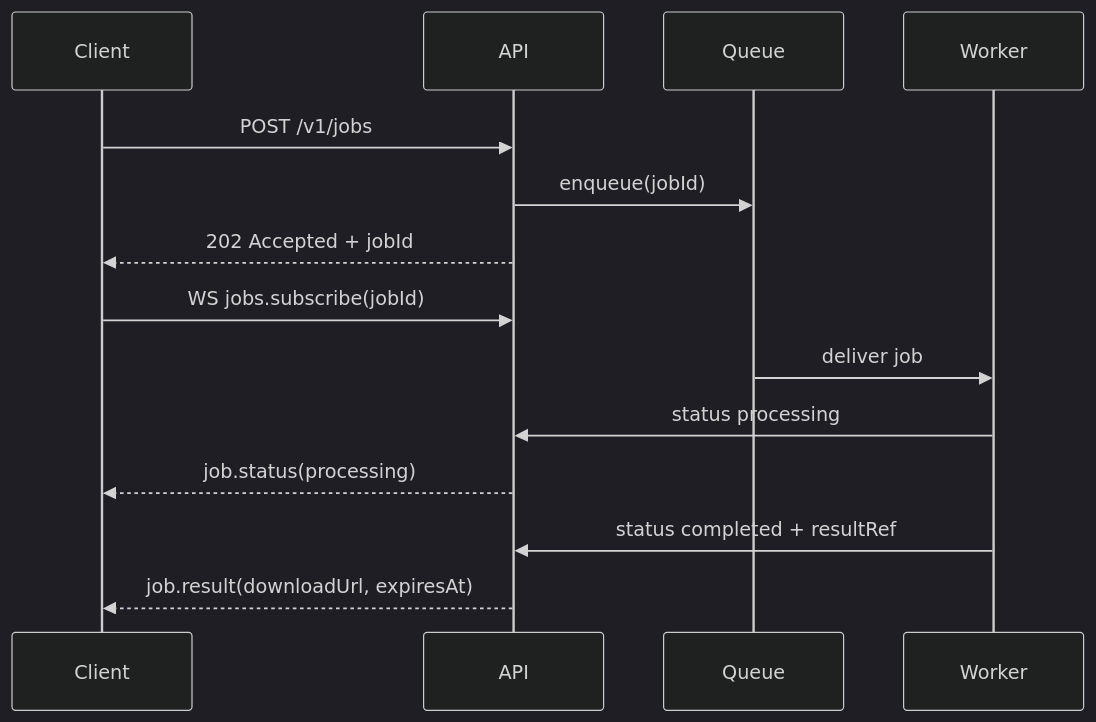
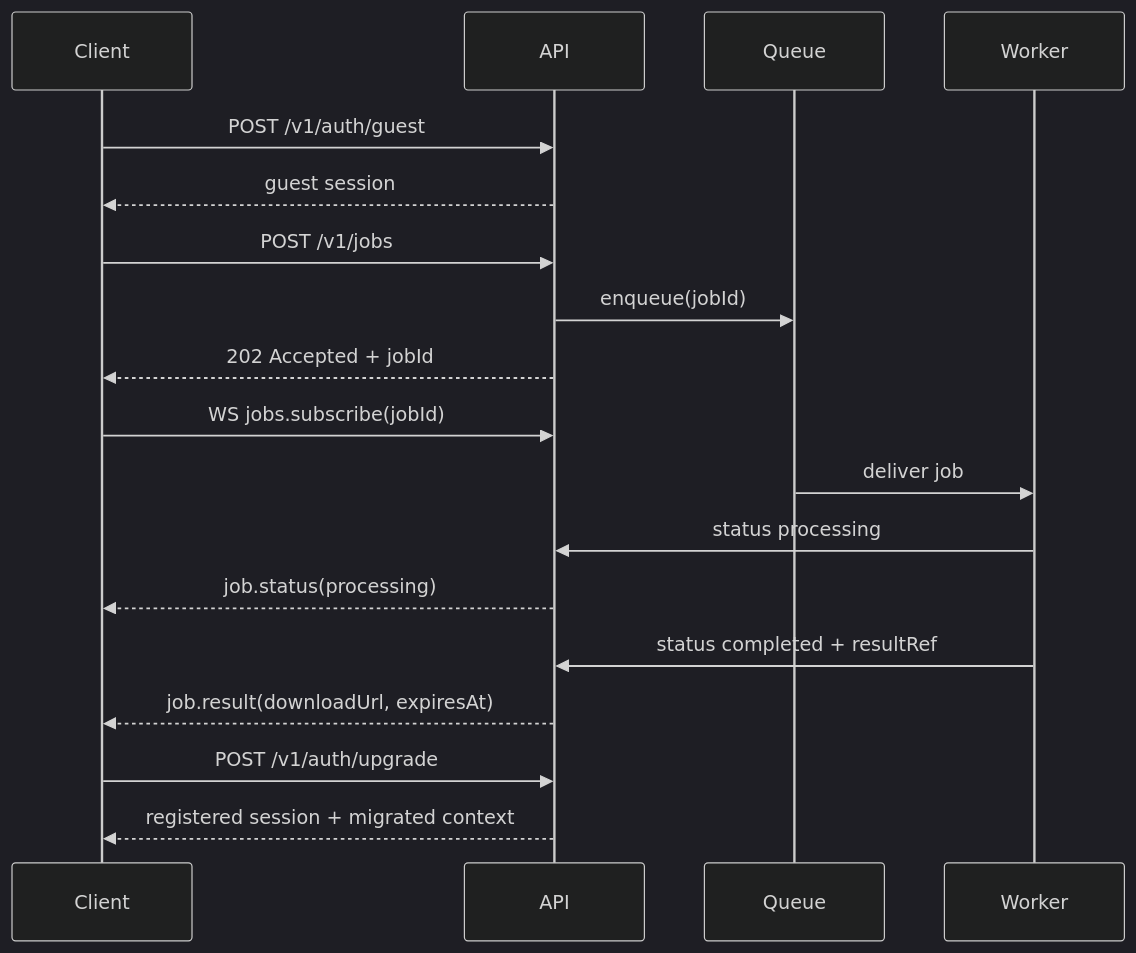
Before and after one commit to Kononov-Sergey/sg_bot_mini_app: the second of 2 diagrams in docs/architecture/web-architecture.md, drawn with Mermaid (dark theme). The commit also changed other lines of this file, not shown here.

````diff
--- a/docs/architecture/web-architecture.md
+++ b/docs/architecture/web-architecture.md
@@ -233,16 +290,20 @@
 ```mermaid
 sequenceDiagram
   participant Client
   participant API
   participant Queue
   participant Worker
+  Client->>API: POST /v1/auth/guest
+  API-->>Client: guest session
   Client->>API: POST /v1/jobs
   API->>Queue: enqueue(jobId)
   API-->>Client: 202 Accepted + jobId
   Client->>API: WS jobs.subscribe(jobId)
   Queue->>Worker: deliver job
   Worker->>API: status processing
   API-->>Client: job.status(processing)
   Worker->>API: status completed + resultRef
   API-->>Client: job.result(downloadUrl, expiresAt)
+  Client->>API: POST /v1/auth/upgrade
+  API-->>Client: registered session + migrated context
 ```
````
